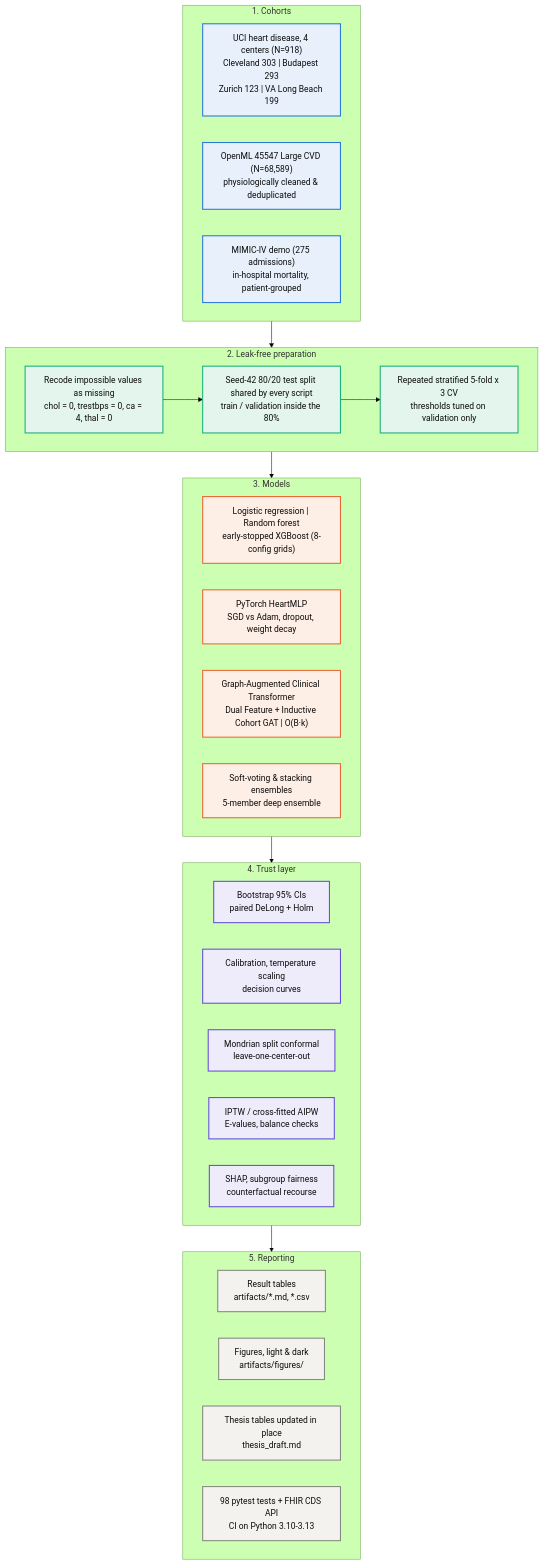
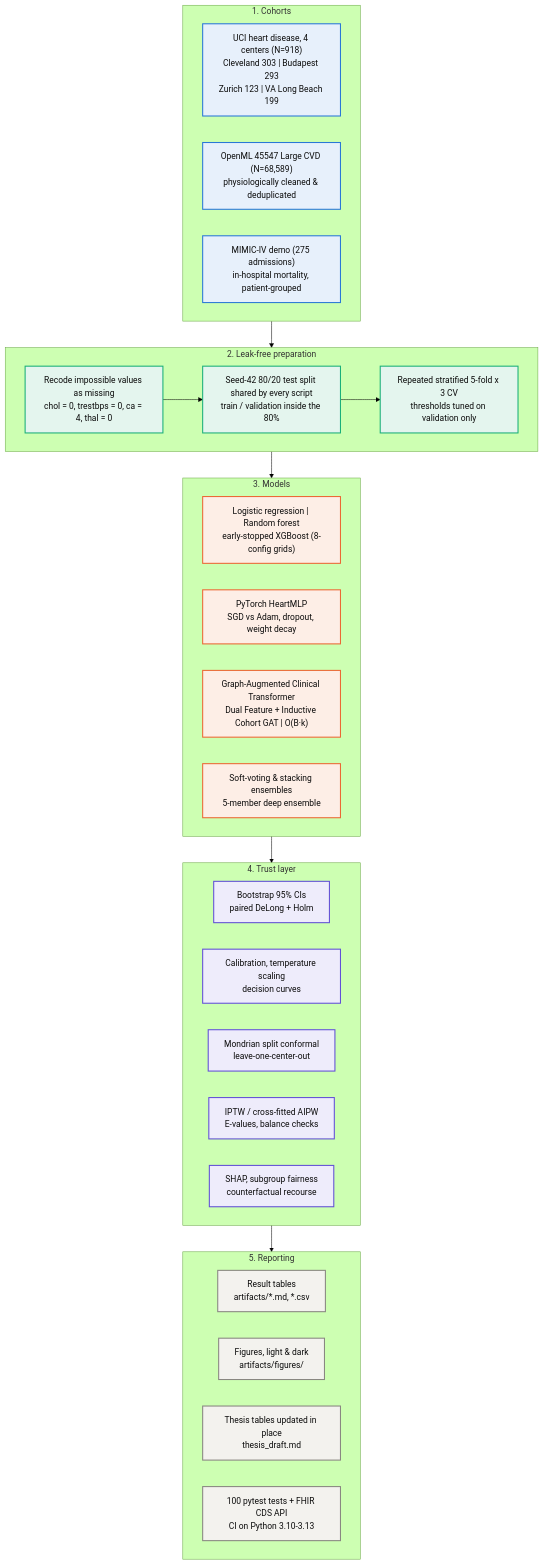
One commit to YahyaLendani/heart-disease-clinical-ml changed the diagram in README.md. Above: the diagram before and after it, drawn with Mermaid (forest theme). The commit also changed other lines of this file and 10 other files, not shown here.

````diff
--- a/README.md
+++ b/README.md
@@ -76,50 +76,50 @@
 ```mermaid
 flowchart TB
     classDef data fill:#e7f0fb,stroke:#2a78d6,stroke-width:2px,color:#0b0b0b
     classDef prep fill:#e4f5ee,stroke:#1baf7a,stroke-width:2px,color:#0b0b0b
     classDef model fill:#fdeee6,stroke:#eb6834,stroke-width:2px,color:#0b0b0b
     classDef trust fill:#eeecfb,stroke:#6250d6,stroke-width:2px,color:#0b0b0b
     classDef out fill:#f3f2ee,stroke:#898781,stroke-width:2px,color:#0b0b0b
 
     subgraph Data["1. Cohorts"]
         direction LR
         A1["UCI heart disease, 4 centers (N=918)<br/>Cleveland 303 | Budapest 293<br/>Zurich 123 | VA Long Beach 199"]:::data
         A2["OpenML 45547 Large CVD (N=68,589)<br/>physiologically cleaned & deduplicated"]:::data
         A3["MIMIC-IV demo (275 admissions)<br/>in-hospital mortality, patient-grouped"]:::data
     end
 
     subgraph Prep["2. Leak-free preparation"]
         direction LR
         B1["Recode impossible values as missing<br/>chol = 0, trestbps = 0, ca = 4, thal = 0"]:::prep
         B2["Seed-42 80/20 test split shared by every script<br/>train / validation inside the 80%"]:::prep
         B3["Repeated stratified 5-fold x 3 CV<br/>thresholds tuned on validation only"]:::prep
         B1 --> B2 --> B3
     end
 
     subgraph Models["3. Models"]
         direction LR
         C1["Logistic regression | Random forest<br/>early-stopped XGBoost (8-config grids)"]:::model
         C2["PyTorch HeartMLP<br/>SGD vs Adam, dropout, weight decay"]:::model
         C3["Graph-Augmented Clinical Transformer<br/>Dual Feature + Inductive Cohort GAT | O(B·k)"]:::model
         C4["Soft-voting & stacking ensembles<br/>5-member deep ensemble"]:::model
     end
 
     subgraph Trust["4. Trust layer"]
         direction LR
         D1["Bootstrap 95% CIs<br/>paired DeLong + Holm"]:::trust
         D2["Calibration, temperature scaling<br/>decision curves"]:::trust
         D3["Mondrian split conformal<br/>leave-one-center-out"]:::trust
         D4["IPTW / cross-fitted AIPW<br/>E-values, balance checks"]:::trust
         D5["SHAP, subgroup fairness<br/>counterfactual recourse"]:::trust
     end
 
     subgraph Output["5. Reporting"]
         direction LR
         E1["Result tables<br/>artifacts/*.md, *.csv"]:::out
         E2["Figures, light & dark<br/>artifacts/figures/"]:::out
         E3["Thesis tables updated in place<br/>thesis_draft.md"]:::out
-        E4["98 pytest tests + FHIR CDS API<br/>CI on Python 3.10-3.13"]:::out
+        E4["100 pytest tests + FHIR CDS API<br/>CI on Python 3.10-3.13"]:::out
     end
 
     Data --> Prep --> Models --> Trust --> Output
 ```
````
